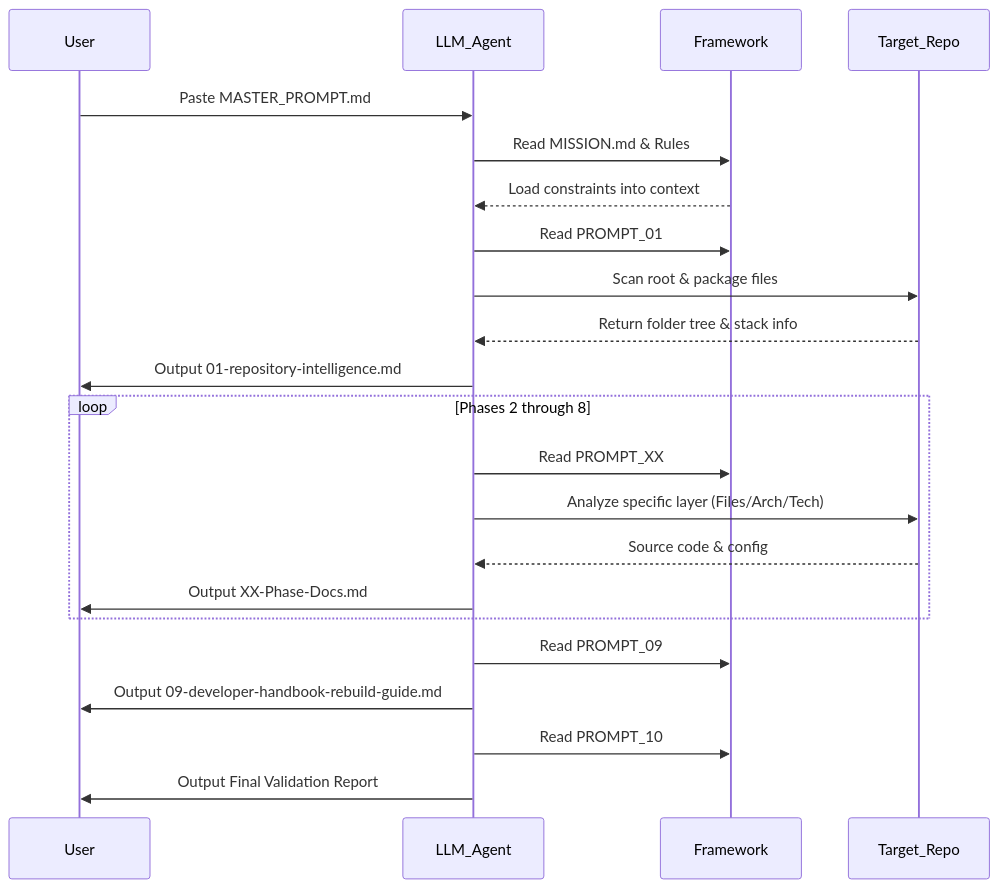
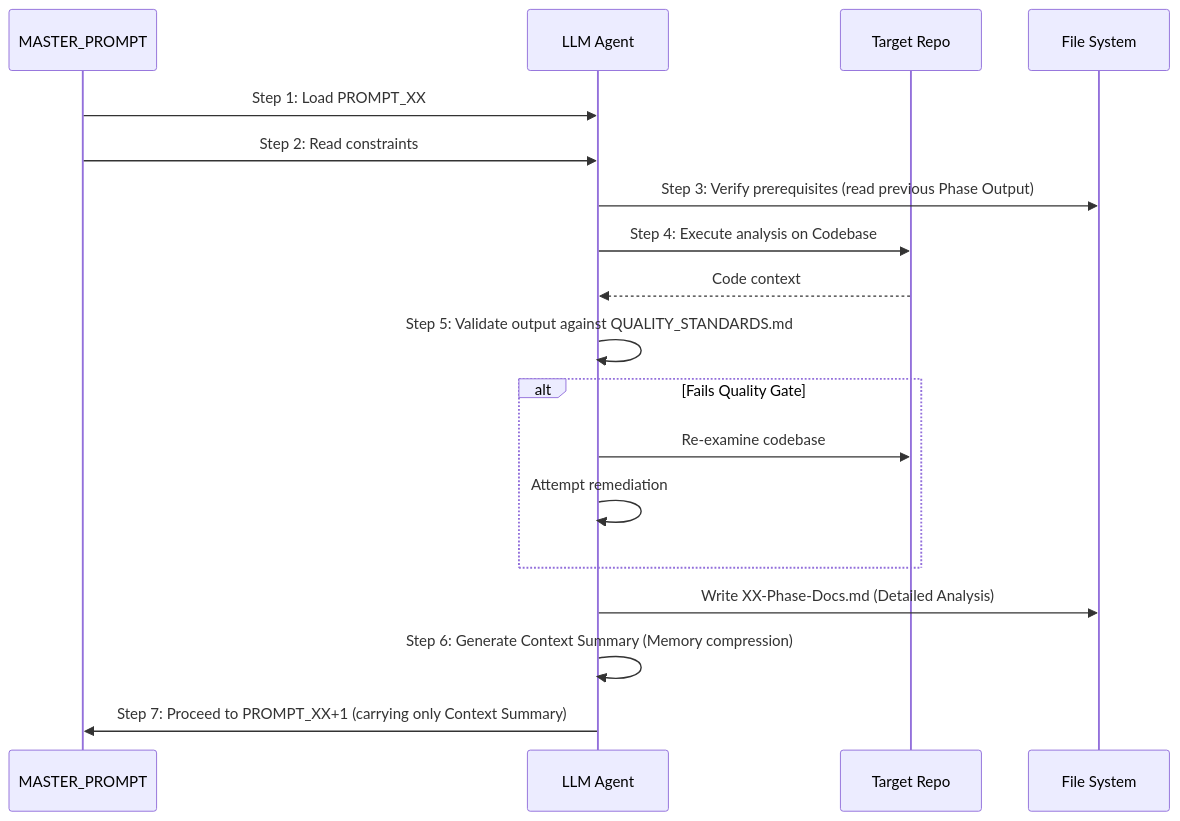
One commit to girishlade111/Reverse-Engineering changed the first of 2 diagrams in docs/05-diagrams.md. Above: the diagram before and after it, drawn with Mermaid. The commit also changed other lines of this file and 1 other file, not shown here.

Commit message:
docs: add architectural working logic documentation and framework sequence/component diagrams

````diff
--- a/docs/05-diagrams.md
+++ b/docs/05-diagrams.md
@@ -6,28 +6,26 @@
 ```mermaid
 sequenceDiagram
-    participant User
-    participant LLM_Agent
-    participant Framework
-    participant Target_Repo
+    participant Orchestrator as MASTER_PROMPT
+    participant Agent as LLM Agent
+    participant Target as Target Repo
+    participant Output as File System
 
-    User->>LLM_Agent: Paste MASTER_PROMPT.md
-    LLM_Agent->>Framework: Read MISSION.md & Rules
-    Framework-->>LLM_Agent: Load constraints into context
-    LLM_Agent->>Framework: Read PROMPT_01
-    LLM_Agent->>Target_Repo: Scan root & package files
-    Target_Repo-->>LLM_Agent: Return folder tree & stack info
-    LLM_Agent->>User: Output 01-repository-intelligence.md
+    Orchestrator->>Agent: Step 1: Load PROMPT_XX
+    Orchestrator->>Agent: Step 2: Read constraints
+    Agent->>Output: Step 3: Verify prerequisites (read previous Phase Output)
     
-    loop Phases 2 through 8
-        LLM_Agent->>Framework: Read PROMPT_XX
-        LLM_Agent->>Target_Repo: Analyze specific layer (Files/Arch/Tech)
-        Target_Repo-->>LLM_Agent: Source code & config
-        LLM_Agent->>User: Output XX-Phase-Docs.md
+    Agent->>Target: Step 4: Execute analysis on Codebase
+    Target-->>Agent: Code context
+    
+    Agent->>Agent: Step 5: Validate output against QUALITY_STANDARDS.md
+    
+    alt Fails Quality Gate
+        Agent->>Target: Re-examine codebase
+        Agent->>Agent: Attempt remediation
     end
     
-    LLM_Agent->>Framework: Read PROMPT_09
-    LLM_Agent->>User: Output 09-developer-handbook-rebuild-guide.md
+    Agent->>Output: Write XX-Phase-Docs.md (Detailed Analysis)
+    Agent->>Agent: Step 6: Generate Context Summary (Memory compression)
     
-    LLM_Agent->>Framework: Read PROMPT_10
-    LLM_Agent->>User: Output Final Validation Report
+    Agent->>Orchestrator: Step 7: Proceed to PROMPT_XX+1 (carrying only Context Summary)
 ```
````
